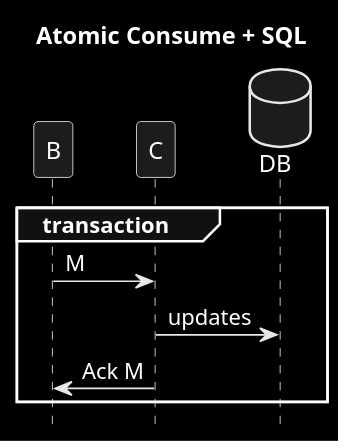
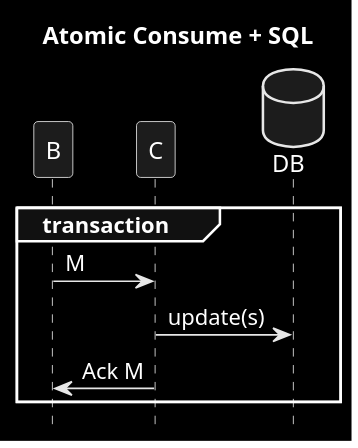
One commit to victorrentea/kafka changed the diagram in patterns/5_dual_m_db.puml. Above: the diagram before and after it, drawn with PlantUML. The commit also changed 43 other files, not shown here.

```diff
--- a/patterns/5_dual_m_db.puml
+++ b/patterns/5_dual_m_db.puml
@@ -1,15 +1,15 @@
 @startuml
 title Atomic Consume + SQL
 hide footbox
 skinparam monochrome reverse
 participant B
 participant C
 database DB
 
 group transaction
     B->C: M
-    C->DB: updates
+    C->DB: update(s)
     C->B: Ack M
 end
 
 @enduml
```
